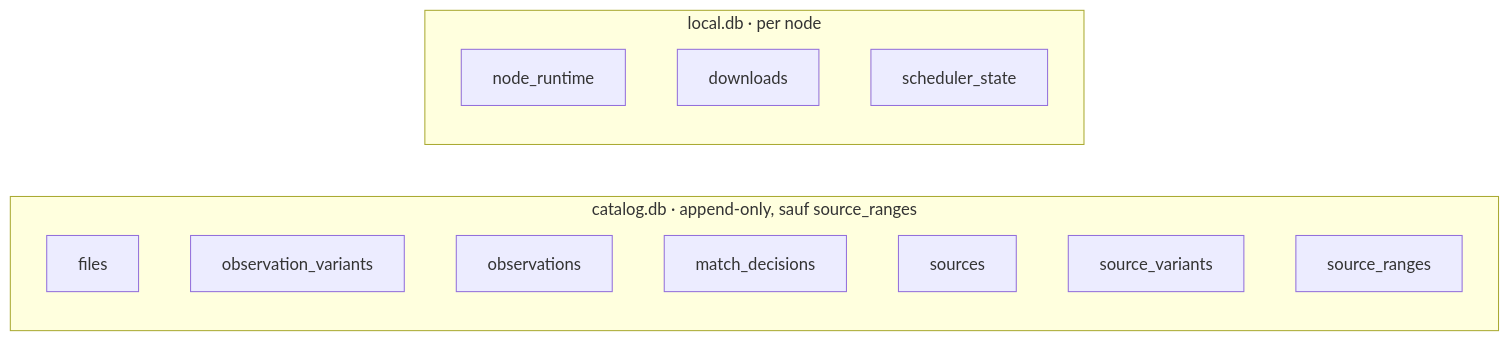
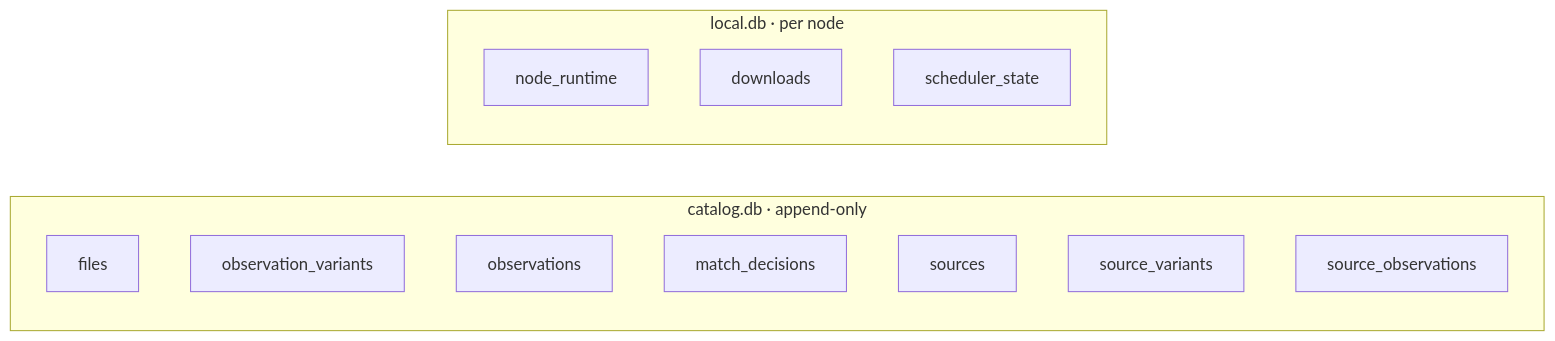
One commit to mission-titar/p2pwatch changed the ninth of 12 diagrams in docs/contributing/architecture.md. Above: the diagram before and after it, drawn with Mermaid. The commit also changed other lines of this file and 8 other files, not shown here.

First line of the commit message:
docs: sources as points, every catalog table append-only, read every five minutes

````diff
--- a/docs/contributing/architecture.md
+++ b/docs/contributing/architecture.md
@@ -374,17 +375,17 @@
 ```mermaid
 flowchart LR
-  subgraph cat["catalog.db · append-only, sauf source_ranges"]
+  subgraph cat["catalog.db · append-only"]
     f["files"]
     ov["observation_variants"]
     o["observations"]
     md["match_decisions"]
     s["sources"]
     sv["source_variants"]
-    sr["source_ranges"]
+    so["source_observations"]
   end
   subgraph loc["local.db · per node"]
     nr["node_runtime"]
     dl["downloads"]
     ss["scheduler_state"]
   end
 ```
````
